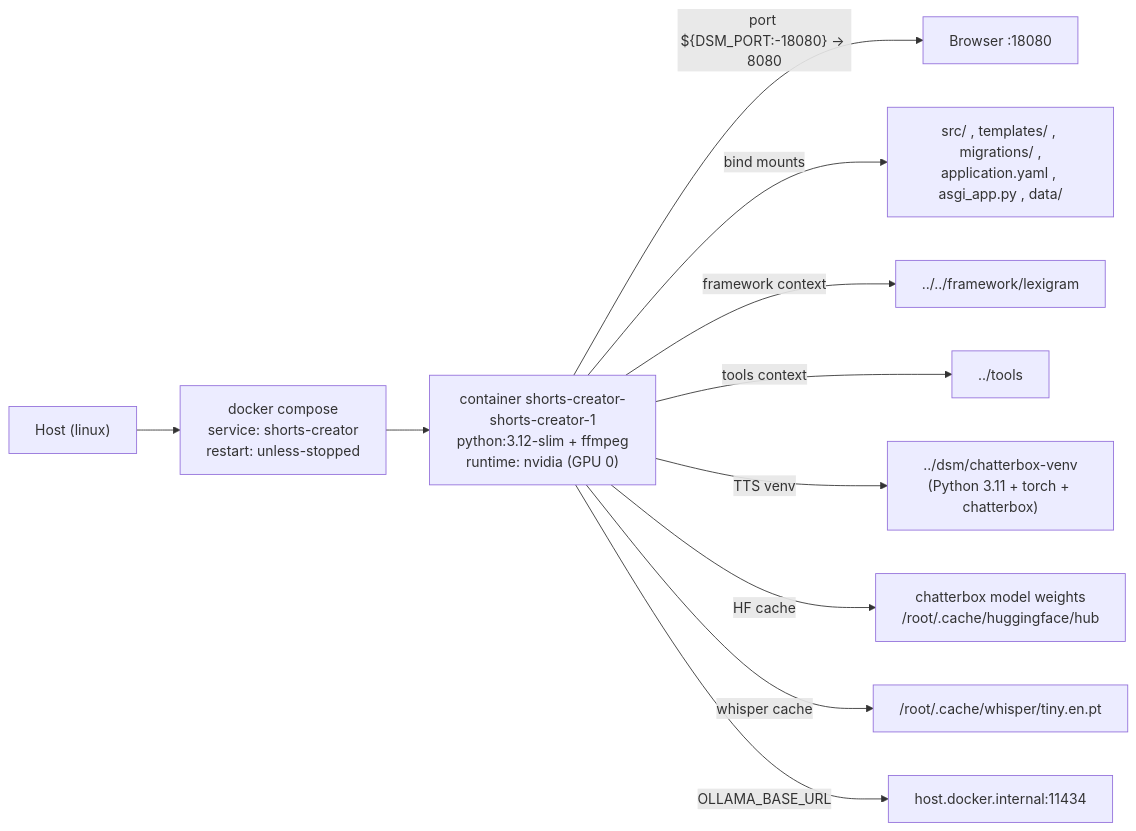
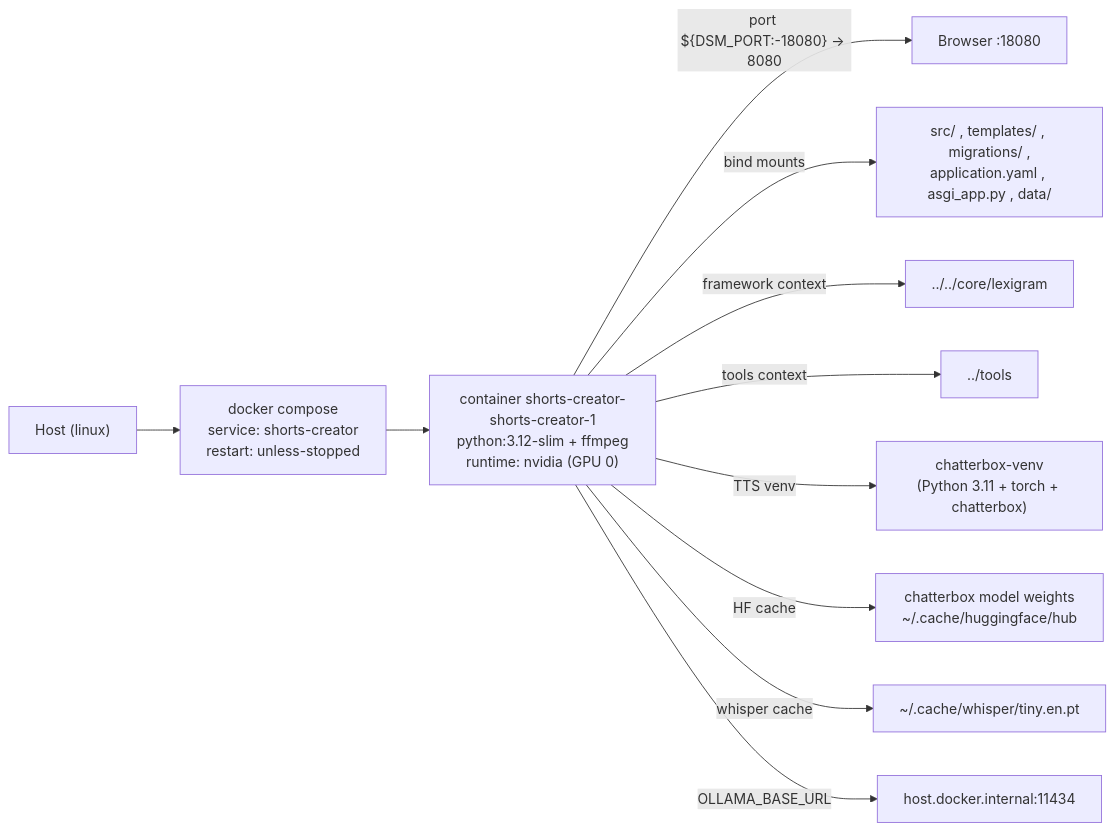
One commit to dbtinoy-/oridecon-dev changed diagram 12 of 13 in demos/fullstack-demo/ARCHITECTURE.md. Above: the diagram before and after it, drawn with Mermaid. The commit also changed other lines of this file and 30 other files, not shown here.

````diff
--- a/demos/fullstack-demo/ARCHITECTURE.md
+++ b/demos/fullstack-demo/ARCHITECTURE.md
@@ -451,13 +451,13 @@
 ```mermaid
 flowchart LR
     HOST["Host (linux)"] --> DC["docker compose<br/>service: shorts-creator<br/>restart: unless-stopped"]
     DC --> CT["container shorts-creator-shorts-creator-1<br/>python:3.12-slim + ffmpeg<br/>runtime: nvidia (GPU 0)"]
     CT -->|"port ${DSM_PORT:-18080} → 8080"| WEB["Browser :18080"]
     CT -->|"bind mounts"| M1["src/ , templates/ , migrations/ ,<br/>application.yaml , asgi_app.py , data/"]
-    CT -->|"framework context"| FX["../../framework/lexigram"]
+    CT -->|"framework context"| FX["../../core/lexigram"]
     CT -->|"tools context"| TL["../tools"]
-    CT -->|"TTS venv"| VB["../dsm/chatterbox-venv<br/>(Python 3.11 + torch + chatterbox)"]
-    CT -->|"HF cache"| HF["chatterbox model weights<br/>/root/.cache/huggingface/hub"]
-    CT -->|"whisper cache"| WC["/root/.cache/whisper/tiny.en.pt"]
+    CT -->|"TTS venv"| VB["chatterbox-venv<br/>(Python 3.11 + torch + chatterbox)"]
+    CT -->|"HF cache"| HF["chatterbox model weights<br/>~/.cache/huggingface/hub"]
+    CT -->|"whisper cache"| WC["~/.cache/whisper/tiny.en.pt"]
     CT -->|"OLLAMA_BASE_URL"| OL["host.docker.internal:11434"]
 ```
````
